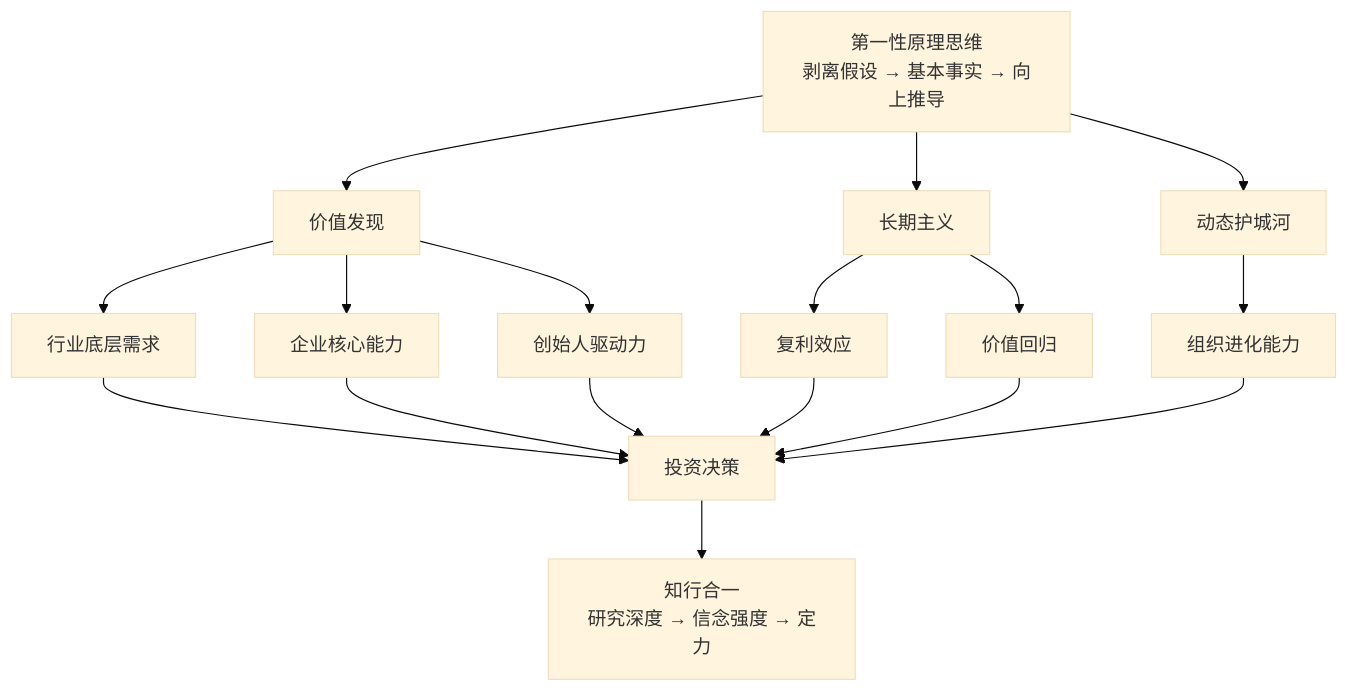
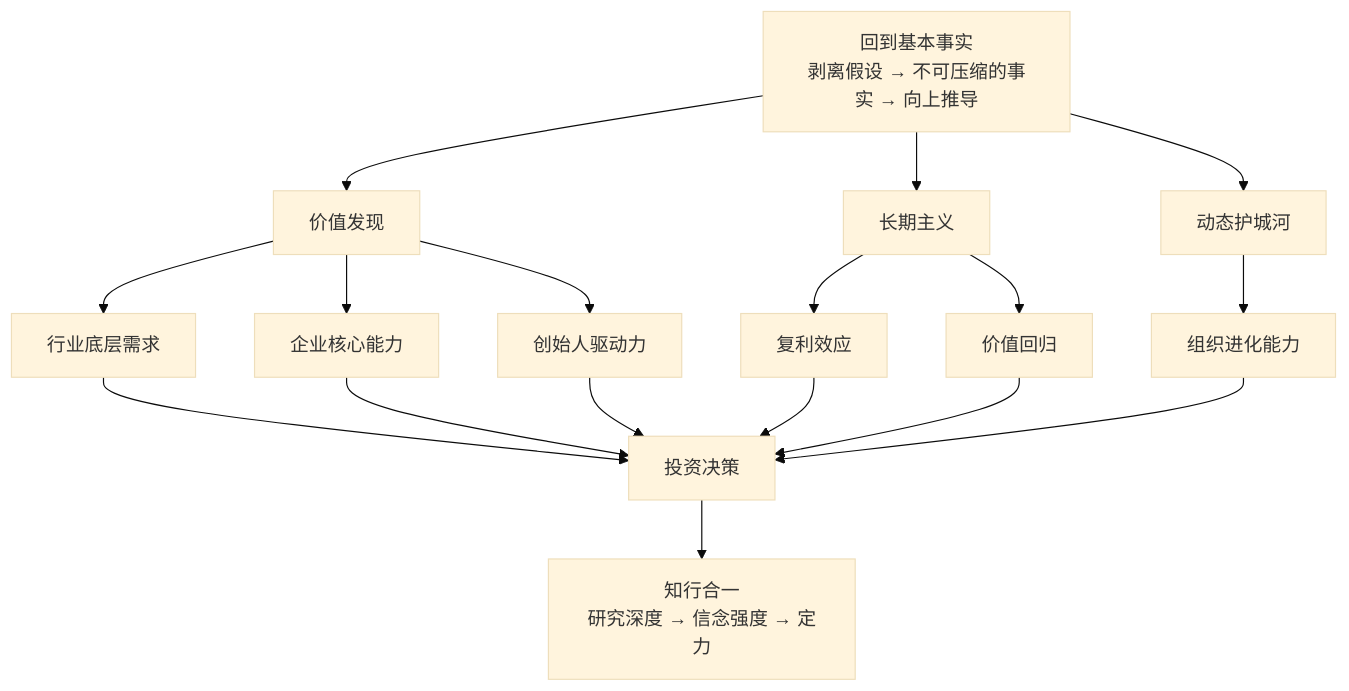
One commit to xdawayer/obsidian changed the diagram in 知识库/商业类/《第一性原理》 - 张磊.md. Above: the diagram before and after it, drawn with Mermaid (base theme). The commit also changed other lines of this file and 13 other files, not shown here.

````diff
--- a/知识库/商业类/《第一性原理》 - 张磊.md
+++ b/知识库/商业类/《第一性原理》 - 张磊.md
@@ -33,16 +35,16 @@
 ```mermaid
 graph TB
-    A["第一性原理思维<br/>剥离假设 → 基本事实 → 向上推导"] --> B["价值发现"]
+    A["回到基本事实<br/>剥离假设 → 不可压缩的事实 → 向上推导"] --> B["价值发现"]
     A --> C["长期主义"]
     A --> D["动态护城河"]
     B --> E["行业底层需求"]
     B --> F["企业核心能力"]
     B --> G["创始人驱动力"]
     C --> H["复利效应"]
     C --> I["价值回归"]
     D --> J["组织进化能力"]
     E & F & G --> K["投资决策"]
     H & I --> K
     J --> K
     K --> L["知行合一<br/>研究深度 → 信念强度 → 定力"]
 ```
````
